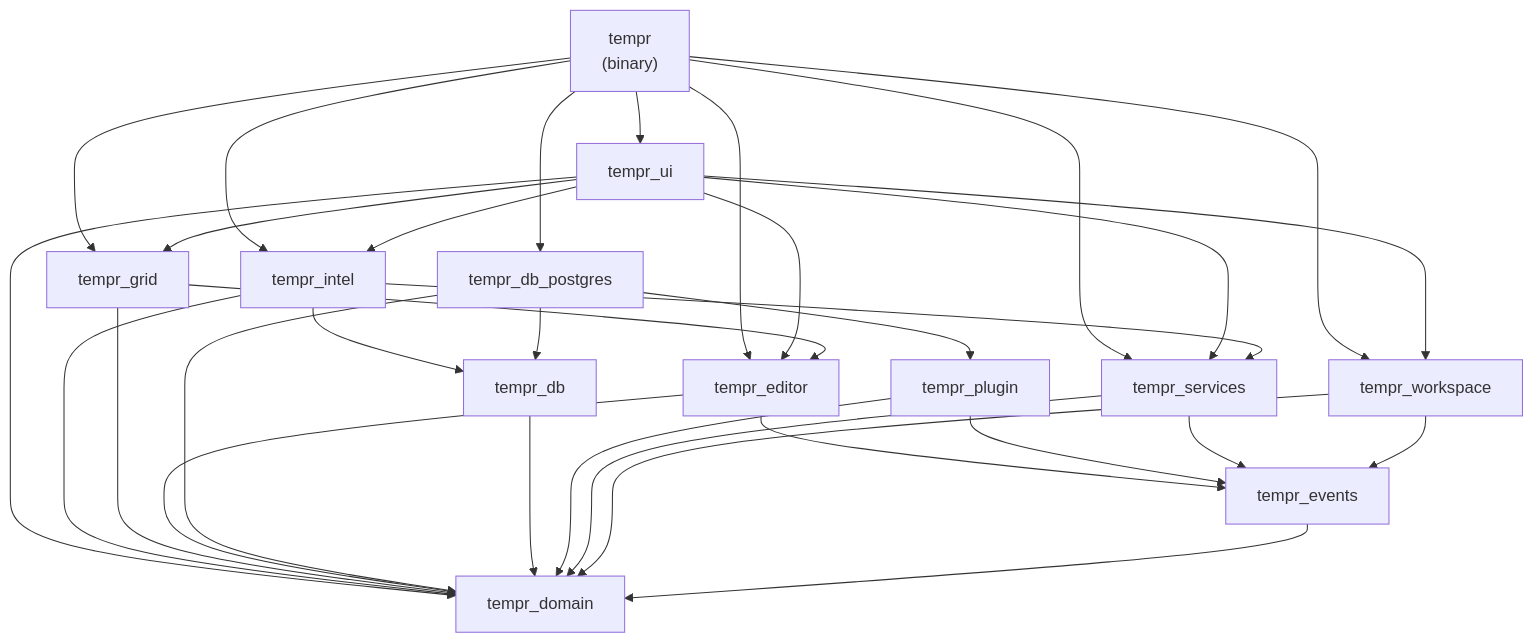
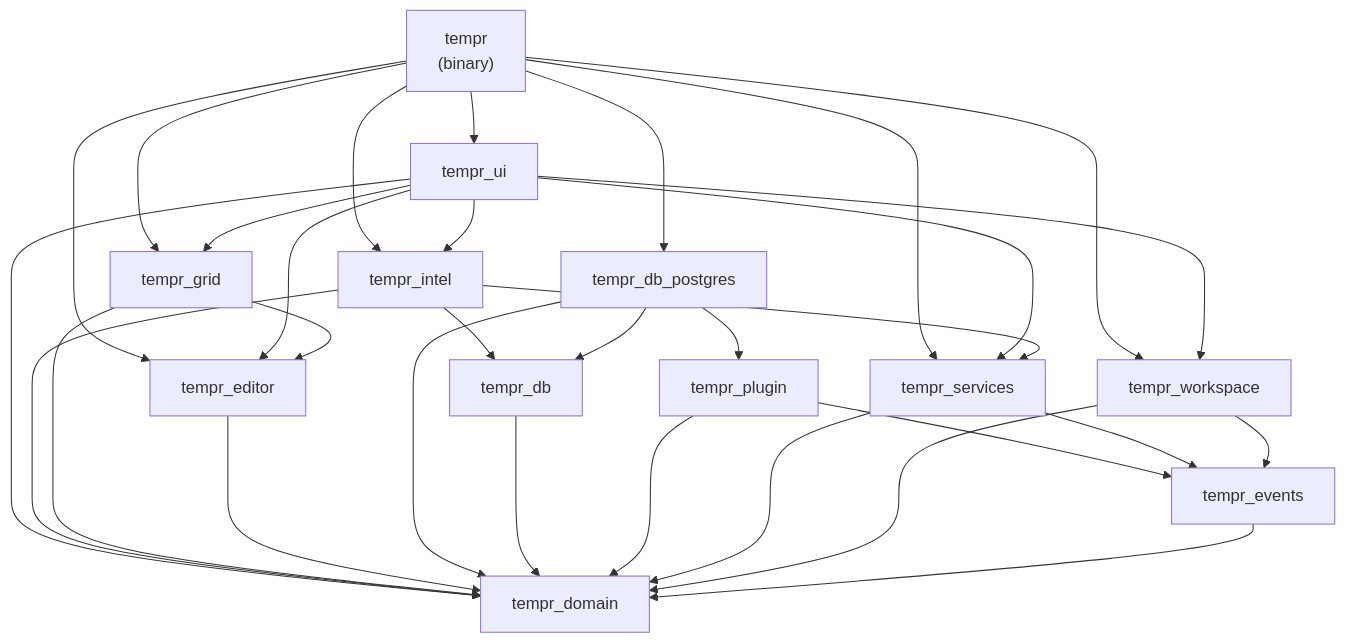
The second of 2 diagrams in docs/14-project-layout.md (mohamad-kanso/Tempr), drawn with Mermaid before and after one commit. The commit also changed 12 other files, not shown here.

````diff
--- a/docs/14-project-layout.md
+++ b/docs/14-project-layout.md
@@ -136,59 +136,58 @@
 ```mermaid
 graph TD
     binary["tempr<br/>(binary)"]
 
     ui["tempr_ui"]
     intel["tempr_intel"]
     grid["tempr_grid"]
     editor["tempr_editor"]
 
     db_postgres["tempr_db_postgres"]
     db["tempr_db"]
     plugin["tempr_plugin"]
     services["tempr_services"]
     workspace["tempr_workspace"]
 
     events["tempr_events"]
     domain["tempr_domain"]
 
     binary --> ui
     binary --> intel
     binary --> grid
     binary --> editor
     binary --> db_postgres
     binary --> services
     binary --> workspace
 
     ui --> intel
     ui --> grid
     ui --> editor
     ui --> services
     ui --> workspace
     ui --> domain
 
     intel --> services
     intel --> domain
     intel --> db
 
     grid --> domain
     grid --> editor
 
     editor --> domain
-    editor --> events
 
     db_postgres --> db
     db_postgres --> plugin
     db_postgres --> domain
 
     db --> domain
     plugin --> domain
     plugin --> events
 
     services --> domain
     services --> events
 
     workspace --> domain
     workspace --> events
 
     events --> domain
 ```
````
